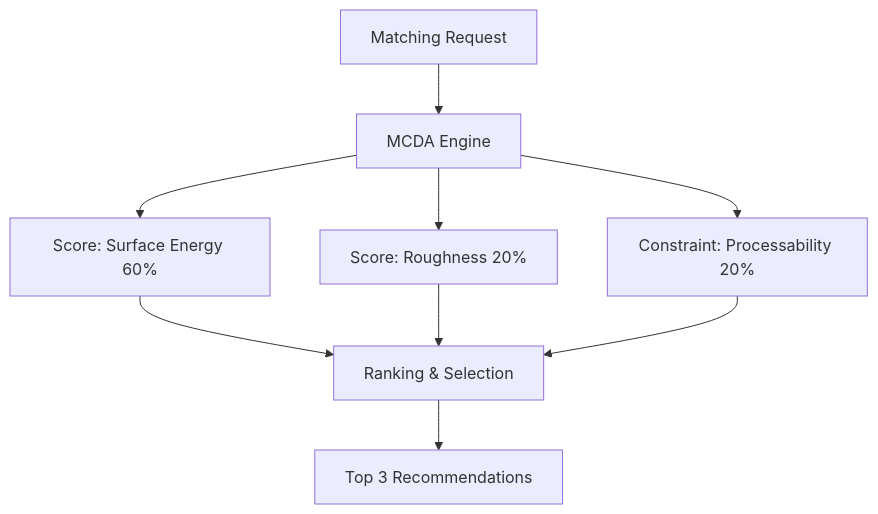
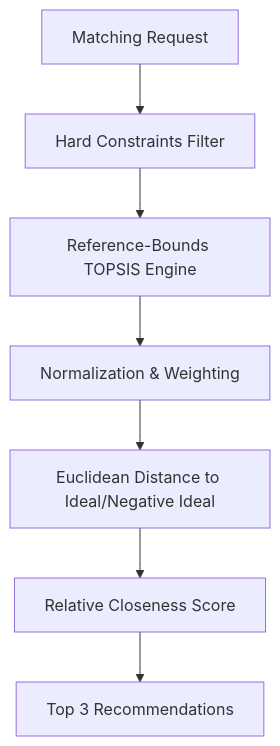
The diagram in README.md (HyunchanAn/SG_proj_012), drawn with Mermaid before and after one commit. The commit also changed other lines of this file and 4 other files, not shown here.

Commit message:
docs, test: update README, add bounds to optimizer, and add deep TOPSIS tests

````diff
--- a/README.md
+++ b/README.md
@@ -12,11 +12,9 @@
 ```mermaid
 graph TD
-    A[Matching Request] --> B[MCDA Engine]
-    B --> C[Score: Surface Energy 60%]
-    B --> D[Score: Roughness 20%]
-    B --> E[Constraint: Processability 20%]
-    C --> F[Ranking & Selection]
-    D --> F
-    E --> F
+    A[Matching Request] --> B[Hard Constraints Filter]
+    B --> C[Reference-Bounds TOPSIS Engine]
+    C --> D[Normalization & Weighting]
+    D --> E[Euclidean Distance to Ideal/Negative Ideal]
+    E --> F[Relative Closeness Score]
     F --> G[Top 3 Recommendations]
 ```
````
